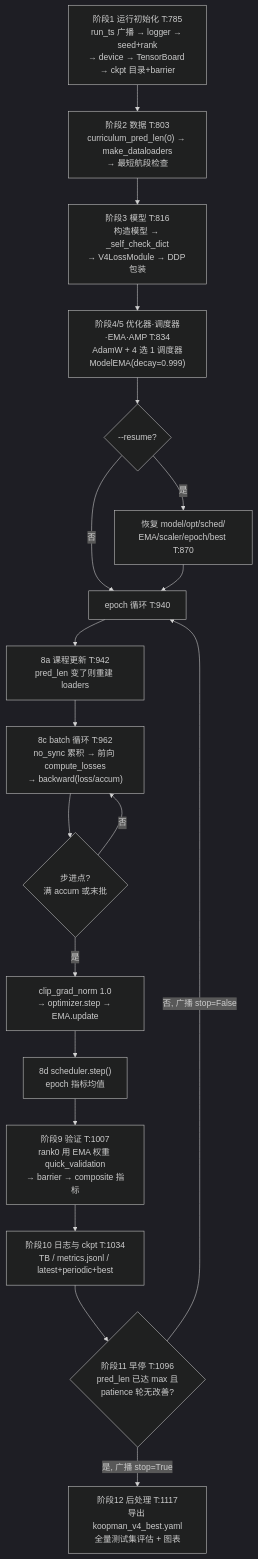
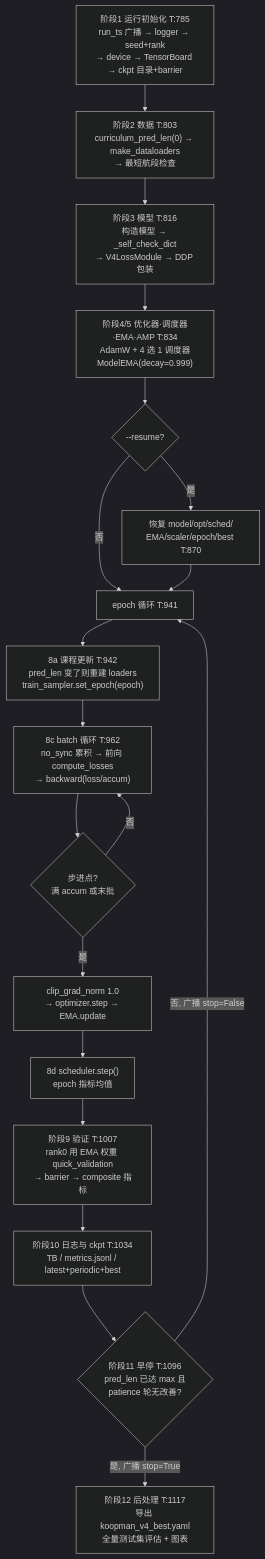
The fourth of 4 diagrams in docs/v4训练脚本梳理.md (jimaka/koopman_control), drawn with Mermaid (dark theme) before and after one commit. The commit also changed other lines of this file, not shown here.

````diff
--- a/docs/v4训练脚本梳理.md
+++ b/docs/v4训练脚本梳理.md
@@ -218,21 +240,21 @@
 ```mermaid
 flowchart TD
     A["阶段1 运行初始化 T:785<br/>run_ts 广播 → logger → seed+rank<br/>→ device → TensorBoard → ckpt 目录+barrier"] --> B["阶段2 数据 T:803<br/>curriculum_pred_len(0) → make_dataloaders<br/>→ 最短航段检查"]
     B --> C["阶段3 模型 T:816<br/>构造模型 → _self_check_dict<br/>→ V4LossModule → DDP 包装"]
     C --> D["阶段4/5 优化器·调度器·EMA·AMP T:834<br/>AdamW + 4 选 1 调度器<br/>ModelEMA(decay=0.999)"]
     D --> E{"--resume?"}
     E -->|是| E1["恢复 model/opt/sched/<br/>EMA/scaler/epoch/best T:870"]
     E -->|否| F
-    E1 --> F["epoch 循环 T:940"]
-    F --> G["8a 课程更新 T:942<br/>pred_len 变了则重建 loaders"]
+    E1 --> F["epoch 循环 T:941"]
+    F --> G["8a 课程更新 T:942<br/>pred_len 变了则重建 loaders<br/>train_sampler.set_epoch(epoch)"]
     G --> H["8c batch 循环 T:962<br/>no_sync 累积 → 前向 compute_losses<br/>→ backward(loss/accum)"]
     H --> I{"步进点?<br/>满 accum 或末批"}
     I -->|否| H
     I -->|是| J["clip_grad_norm 1.0<br/>→ optimizer.step → EMA.update"]
     J --> K["8d scheduler.step()<br/>epoch 指标均值"]
     K --> L["阶段9 验证 T:1007<br/>rank0 用 EMA 权重 quick_validation<br/>→ barrier → composite 指标"]
     L --> M["阶段10 日志与 ckpt T:1034<br/>TB / metrics.jsonl / latest+periodic+best"]
     M --> N{"阶段11 早停 T:1096<br/>pred_len 已达 max 且<br/>patience 轮无改善?"}
     N -->|否, 广播 stop=False| F
     N -->|是, 广播 stop=True| O["阶段12 后处理 T:1117<br/>导出 koopman_v4_best.yaml<br/>全量测试集评估 + 图表"]
 ```
````
